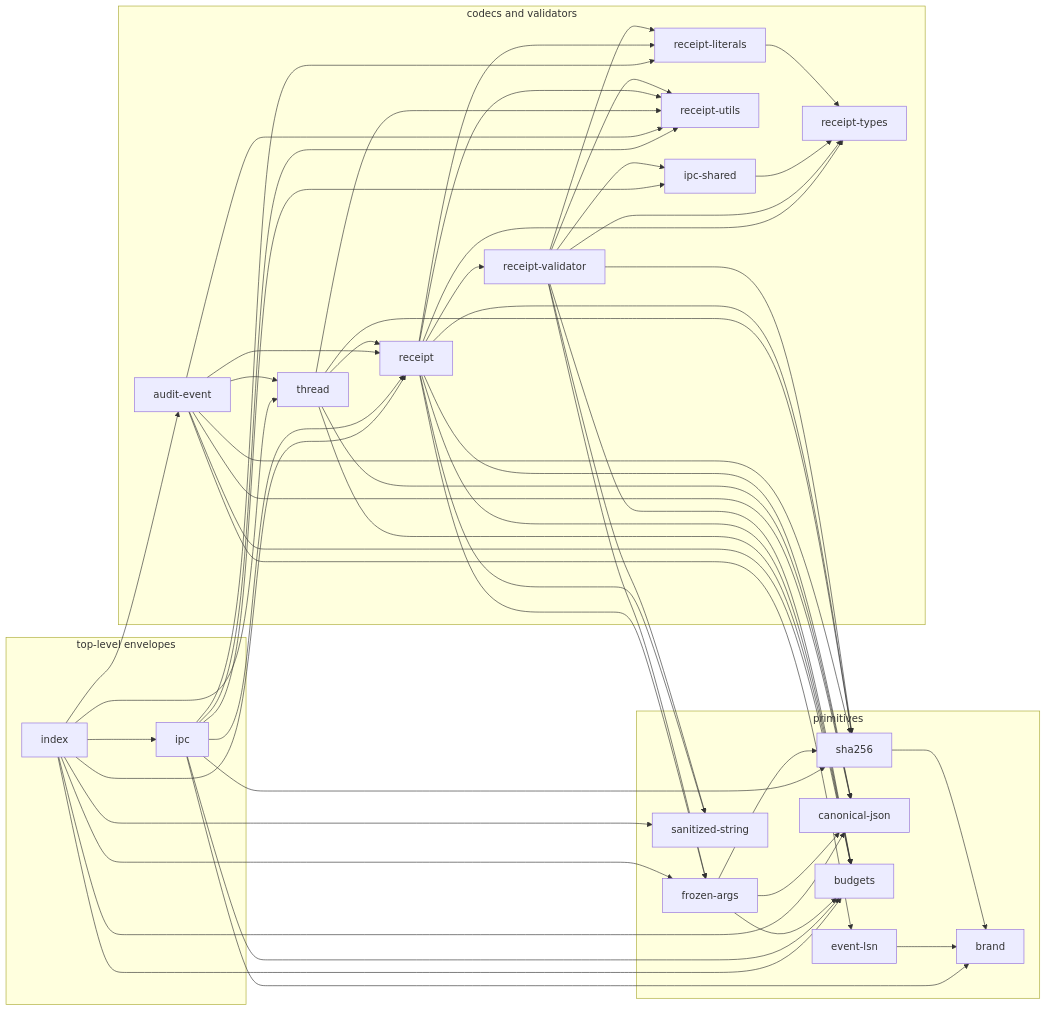
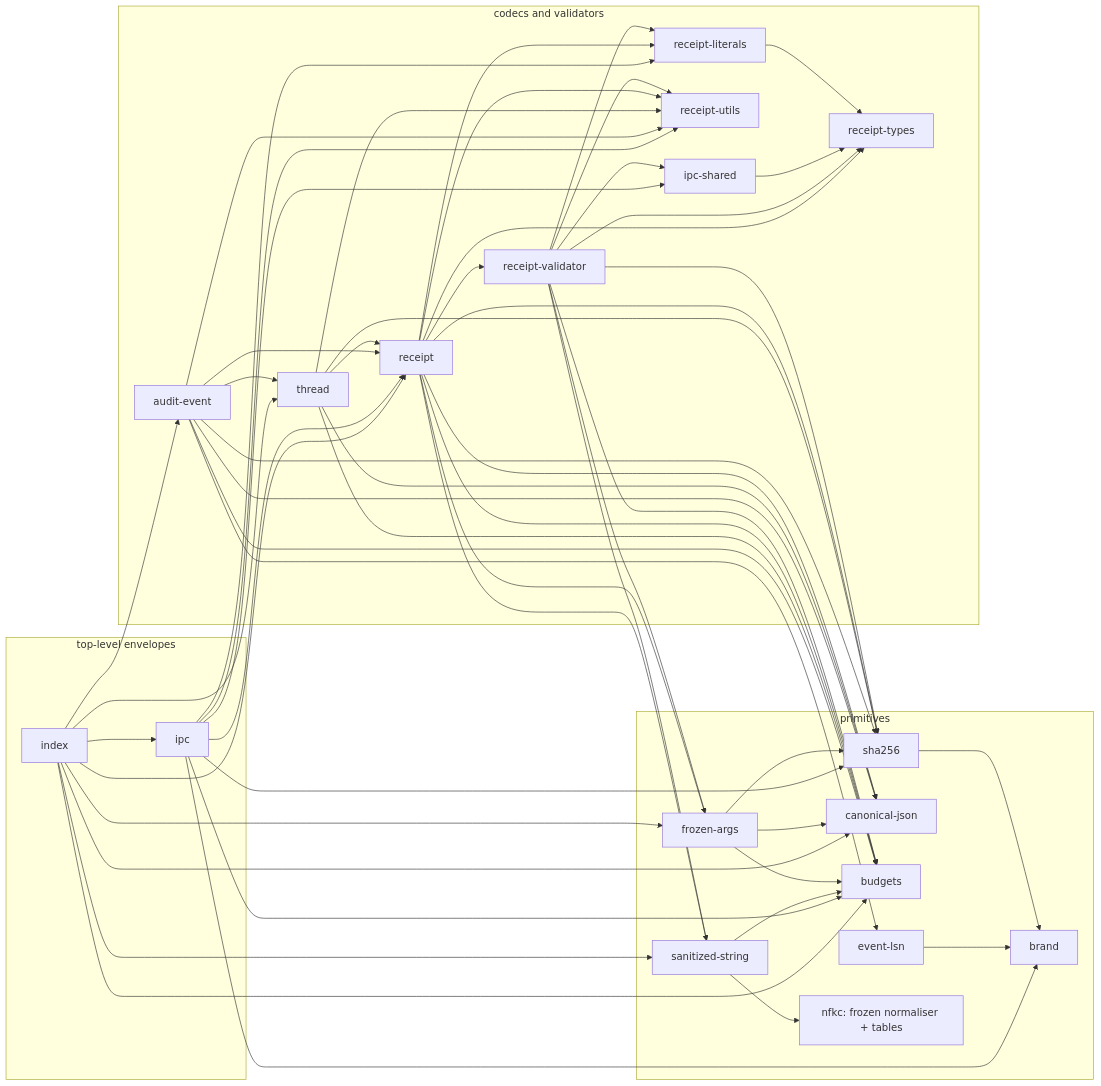
The first of 3 diagrams in packages/protocol/docs/OVERVIEW.md (nex-crm/wuphf), drawn with Mermaid before and after one commit. The commit also changed 13 other files, not shown here.

````diff
--- a/packages/protocol/docs/OVERVIEW.md
+++ b/packages/protocol/docs/OVERVIEW.md
@@ -20,77 +20,80 @@
 ```mermaid
 flowchart LR
   subgraph P["primitives"]
     brand[brand]
     sha256[sha256]
     jcs[canonical-json]
     budgets[budgets]
     lsn[event-lsn]
     frozen[frozen-args]
     sanitized[sanitized-string]
+    nfkc[nfkc: frozen normaliser + tables]
   end
   subgraph C["codecs and validators"]
     literals[receipt-literals]
     types[receipt-types]
     utils[receipt-utils]
     shared[ipc-shared]
     rvalidator[receipt-validator]
     receipt[receipt]
     audit[audit-event]
     thread[thread]
   end
   subgraph T["top-level envelopes"]
     ipc[ipc]
     index[index]
   end
   sha256 --> brand
   lsn --> brand
   frozen --> budgets
   frozen --> jcs
   frozen --> sha256
+  sanitized --> budgets
+  sanitized --> nfkc
   literals --> types
   shared --> types
   rvalidator --> budgets
   rvalidator --> frozen
   rvalidator --> shared
   rvalidator --> literals
   rvalidator --> types
   rvalidator --> utils
   rvalidator --> sanitized
   rvalidator --> sha256
   receipt --> budgets
   receipt --> jcs
   receipt --> frozen
   receipt --> literals
   receipt --> types
   receipt --> utils
   receipt --> rvalidator
   receipt --> sanitized
   receipt --> sha256
   thread --> budgets
   thread --> jcs
   thread --> receipt
   thread --> utils
   thread --> sha256
   audit --> budgets
   audit --> jcs
   audit --> lsn
   audit --> receipt
   audit --> thread
   audit --> utils
   audit --> sha256
   ipc --> brand
   ipc --> budgets
   ipc --> shared
   ipc --> receipt
   ipc --> literals
   ipc --> utils
   ipc --> sha256
   index --> audit
   index --> budgets
   index --> jcs
   index --> frozen
   index --> ipc
   index --> receipt
   index --> sanitized
   index --> thread
 ```
````
